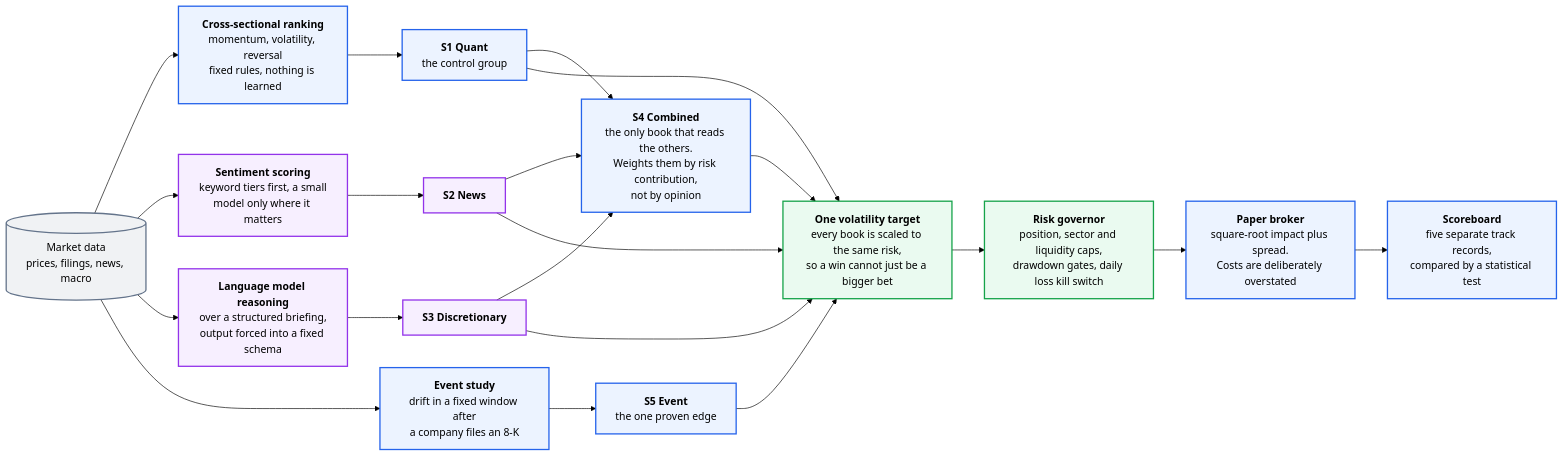
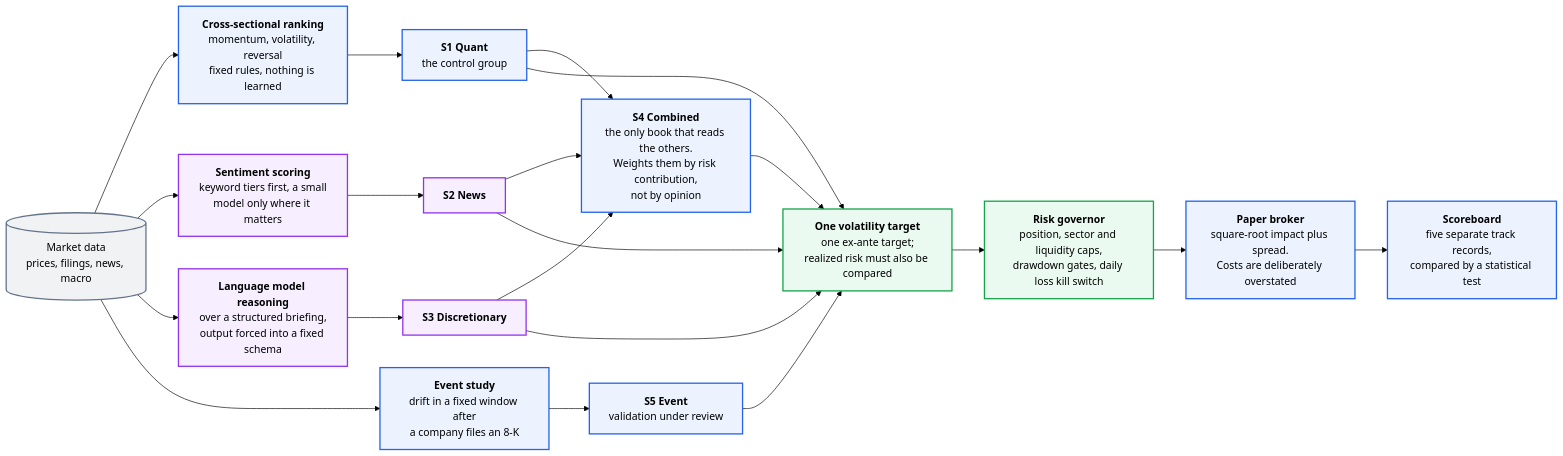
The first of 2 diagrams in README.md (baypeanut/multi-strategy-fund), drawn with Mermaid (forest theme) before and after one commit. The commit also changed other lines of this file and 133 other files, not shown here.

````diff
--- a/README.md
+++ b/README.md
@@ -30,40 +39,40 @@
 ```mermaid
 flowchart LR
     D[("Market data<br/>prices, filings, news, macro")]
 
     D --> M1
     D --> M2
     D --> M3
     D --> M5
 
     M1["<b>Cross-sectional ranking</b><br/>momentum, volatility, reversal<br/>fixed rules, nothing is learned"] --> S1["<b>S1 Quant</b><br/>the control group"]
     M2["<b>Sentiment scoring</b><br/>keyword tiers first, a small<br/>model only where it matters"] --> S2["<b>S2 News</b>"]
     M3["<b>Language model reasoning</b><br/>over a structured briefing,<br/>output forced into a fixed schema"] --> S3["<b>S3 Discretionary</b>"]
-    M5["<b>Event study</b><br/>drift in a fixed window after<br/>a company files an 8-K"] --> S5["<b>S5 Event</b><br/>the one proven edge"]
+    M5["<b>Event study</b><br/>drift in a fixed window after<br/>a company files an 8-K"] --> S5["<b>S5 Event</b><br/>validation under review"]
 
     S1 --> E
     S2 --> E
     S3 --> E
     E["<b>S4 Combined</b><br/>the only book that reads the others.<br/>Weights them by risk contribution,<br/>not by opinion"]
 
     S1 --> V
     S2 --> V
     S3 --> V
     S5 --> V
     E --> V
 
-    V["<b>One volatility target</b><br/>every book is scaled to the same risk,<br/>so a win cannot just be a bigger bet"]
+    V["<b>One volatility target</b><br/>one ex-ante target;<br/>realized risk must also be compared"]
     V --> G["<b>Risk governor</b><br/>position, sector and liquidity caps,<br/>drawdown gates, daily loss kill switch"]
     G --> B["<b>Paper broker</b><br/>square-root impact plus spread.<br/>Costs are deliberately overstated"]
     B --> L["<b>Scoreboard</b><br/>five separate track records,<br/>compared by a statistical test"]
 
     classDef mine fill:#22c55e18,stroke:#16a34a,stroke-width:2px
     classDef code fill:#3b82f618,stroke:#2563eb,stroke-width:2px
     classDef ai   fill:#a855f718,stroke:#9333ea,stroke-width:2px
     classDef data fill:#64748b18,stroke:#64748b,stroke-width:2px
 
     class D data
     class M1,S1,M5,S5,E,B,L code
     class M2,S2,M3,S3 ai
     class V,G mine
 ```
````
